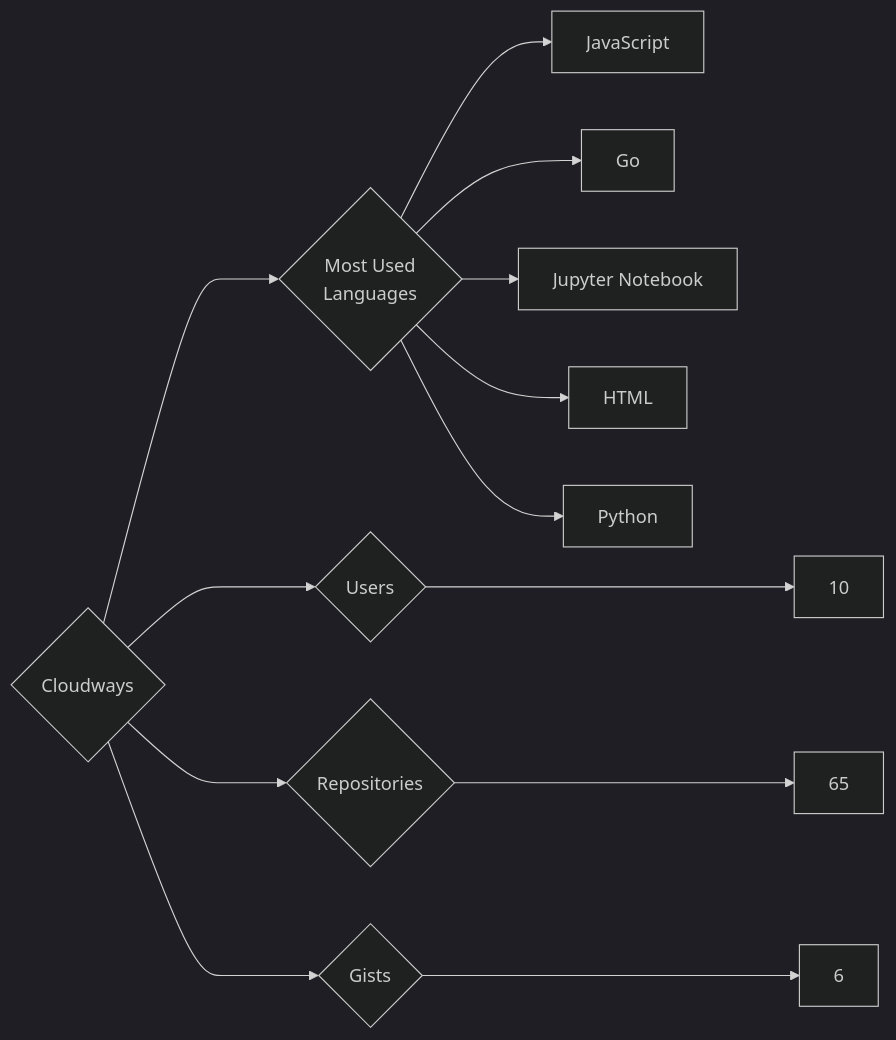
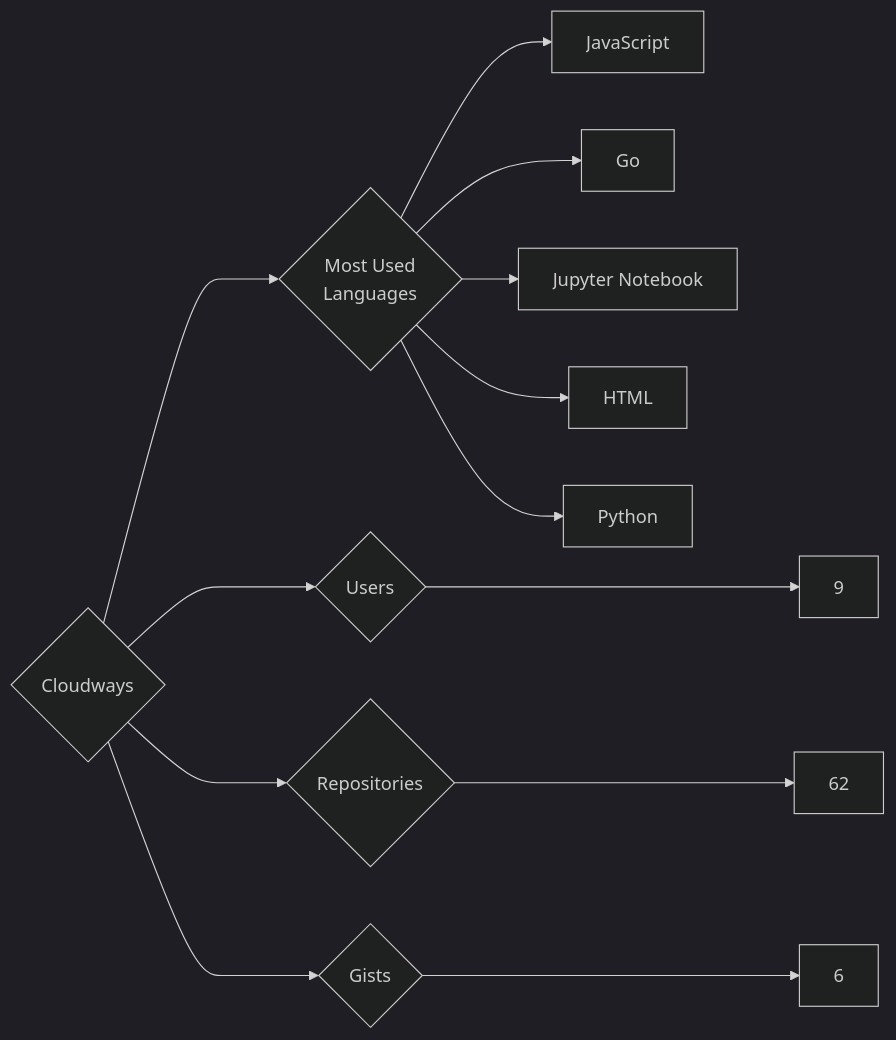
Before and after one commit to trickest/insiders: the diagram in targets/Cloudways/README.md, drawn with Mermaid (dark theme). The commit also changed 938 other files, not shown here.

````diff
--- a/targets/Cloudways/README.md
+++ b/targets/Cloudways/README.md
@@ -3,13 +3,13 @@
 ```mermaid
 graph LR
 COMPANY_NAME{Cloudways}
-COMPANY_NAME ---> U{Users} ---> UN[10]
-COMPANY_NAME ---> R{Repositories} ---> RN[65]
+COMPANY_NAME ---> U{Users} ---> UN[9]
+COMPANY_NAME ---> R{Repositories} ---> RN[62]
 COMPANY_NAME ---> G{Gists} ---> GN[6]
 COMPANY_NAME ---> ML{Most Used<br>Languages}
 ML --> JavaScript[JavaScript]
 ML --> Go[Go]
 ML --> Jupyter_Notebook[Jupyter Notebook]
 ML --> HTML[HTML]
 ML --> Python[Python]
 ```
````
